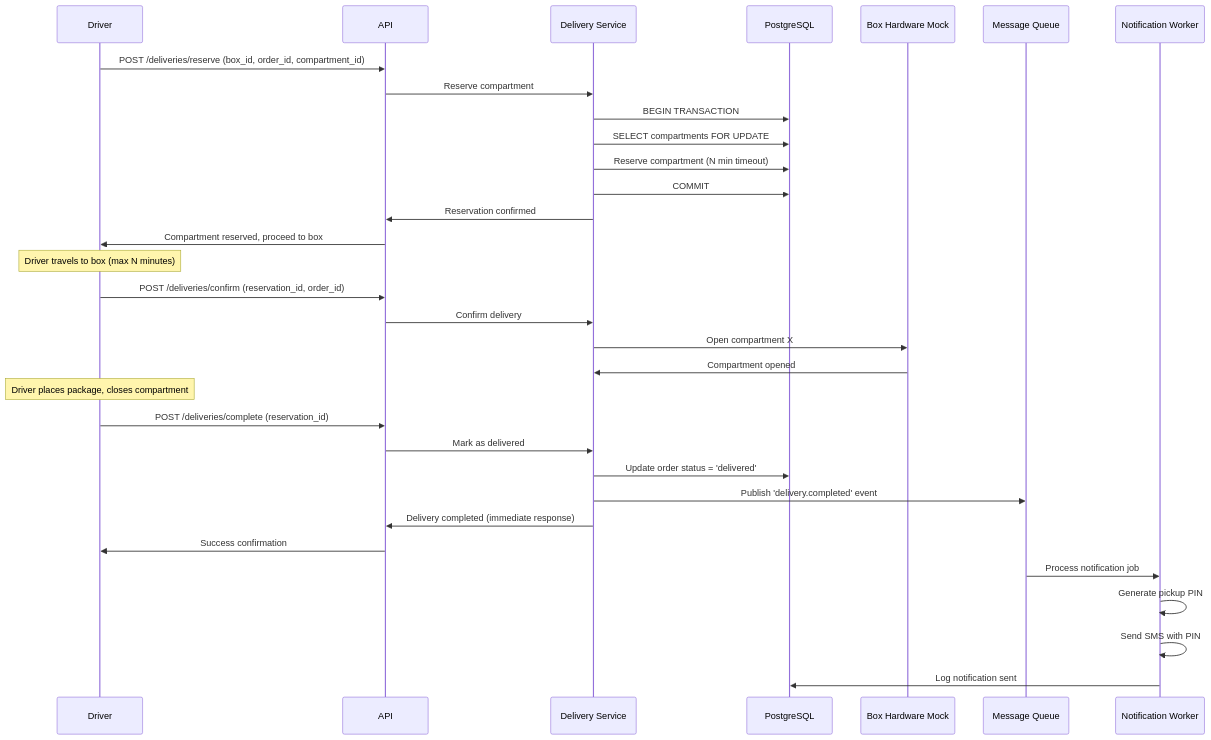
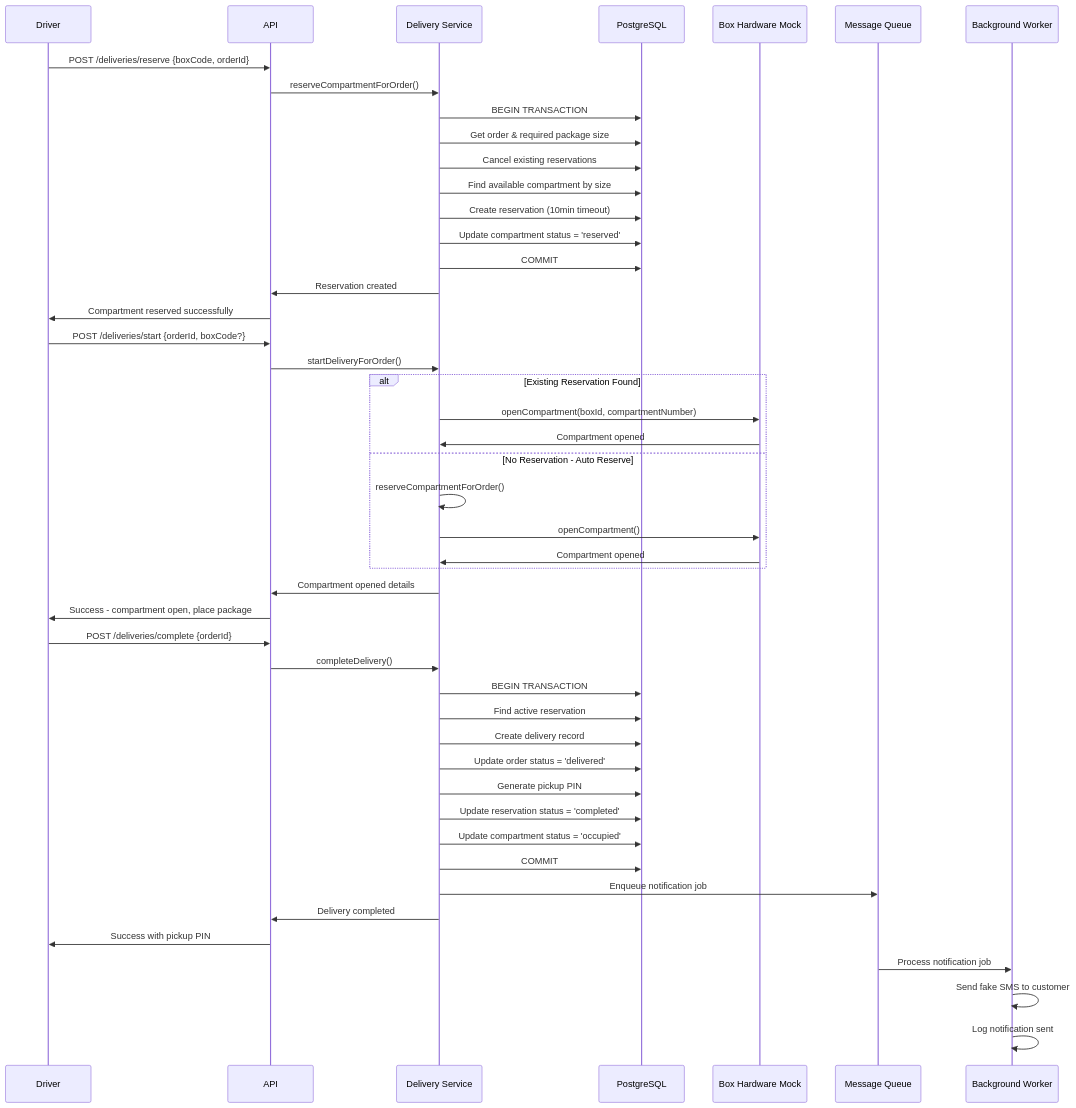
Before and after one commit to mashabek/ackee_box: the fifth of 5 diagrams in architecture.md, drawn with Mermaid. The commit also changed other lines of this file and 2 other files, not shown here.

Commit message:
update readme & architecture

````diff
--- a/architecture.md
+++ b/architecture.md
@@ -144,45 +151,64 @@
 ```mermaid
 sequenceDiagram
     participant Driver
     participant API
     participant DeliveryService as Delivery Service
     participant DB as PostgreSQL
     participant BoxHW as Box Hardware Mock
     participant Queue as Message Queue
-    participant NotificationWorker as Notification Worker
+    participant Worker as Background Worker
     
-    Driver->>API: POST /deliveries/reserve (box_id, order_id, compartment_id)
-    API->>DeliveryService: Reserve compartment
+    %% Step 1: Reserve Compartment
+    Driver->>API: POST /deliveries/reserve {boxCode, orderId}
+    API->>DeliveryService: reserveCompartmentForOrder()
     
     DeliveryService->>DB: BEGIN TRANSACTION
-    DeliveryService->>DB: SELECT compartments FOR UPDATE
-    DeliveryService->>DB: Reserve compartment (N min timeout)
+    DeliveryService->>DB: Get order & required package size
+    DeliveryService->>DB: Cancel existing reservations
+    DeliveryService->>DB: Find available compartment by size
+    DeliveryService->>DB: Create reservation (10min timeout)
+    DeliveryService->>DB: Update compartment status = 'reserved'
     DeliveryService->>DB: COMMIT
     
-    DeliveryService->>API: Reservation confirmed
-    API->>Driver: Compartment reserved, proceed to box
+    DeliveryService->>API: Reservation created
+    API->>Driver: Compartment reserved successfully
     
-    Note over Driver: Driver travels to box (max N minutes)
+    %% Step 2: Start Delivery (Travel to box & open compartment)
+    Driver->>API: POST /deliveries/start {orderId, boxCode?}
+    API->>DeliveryService: startDeliveryForOrder()
     
-    Driver->>API: POST /deliveries/confirm (reservation_id, order_id)
-    API->>DeliveryService: Confirm delivery
-    DeliveryService->>BoxHW: Open compartment X
-    BoxHW->>DeliveryService: Compartment opened
+    alt Existing Reservation Found
+        DeliveryService->>BoxHW: openCompartment(boxId, compartmentNumber)
+        BoxHW->>DeliveryService: Compartment opened
+    else No Reservation - Auto Reserve
+        DeliveryService->>DeliveryService: reserveCompartmentForOrder()
+        DeliveryService->>BoxHW: openCompartment()
+        BoxHW->>DeliveryService: Compartment opened
+    end
     
-    Note over Driver: Driver places package, closes compartment
+    DeliveryService->>API: Compartment opened details
+    API->>Driver: Success - compartment open, place package
     
-    Driver->>API: POST /deliveries/complete (reservation_id)
-    API->>DeliveryService: Mark as delivered
+    %% Step 3: Complete Delivery
+    Driver->>API: POST /deliveries/complete {orderId}
+    API->>DeliveryService: completeDelivery()
+    
+    DeliveryService->>DB: BEGIN TRANSACTION
+    DeliveryService->>DB: Find active reservation
+    DeliveryService->>DB: Create delivery record
     DeliveryService->>DB: Update order status = 'delivered'
+    DeliveryService->>DB: Generate pickup PIN
+    DeliveryService->>DB: Update reservation status = 'completed'
+    DeliveryService->>DB: Update compartment status = 'occupied'
+    DeliveryService->>DB: COMMIT
     
-    %% Async operations
-    DeliveryService->>Queue: Publish 'delivery.completed' event
-    DeliveryService->>API: Delivery completed (immediate response)
-    API->>Driver: Success confirmation
+    %% Async notification
+    DeliveryService->>Queue: Enqueue notification job
+    DeliveryService->>API: Delivery completed
+    API->>Driver: Success with pickup PIN
     
     %% Background processing
-    Queue->>NotificationWorker: Process notification job
-    NotificationWorker->>NotificationWorker: Generate pickup PIN
-    NotificationWorker->>NotificationWorker: Send SMS with PIN
-    NotificationWorker->>DB: Log notification sent
+    Queue->>Worker: Process notification job
+    Worker->>Worker: Send fake SMS to customer
+    Worker->>Worker: Log notification sent
 ```
````
